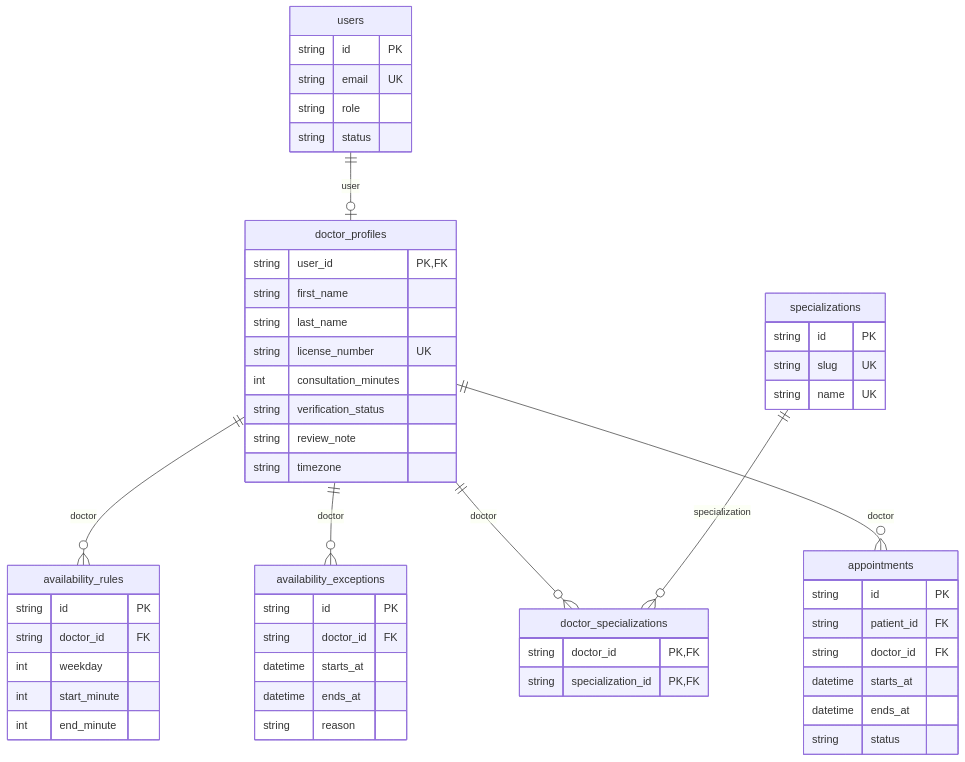
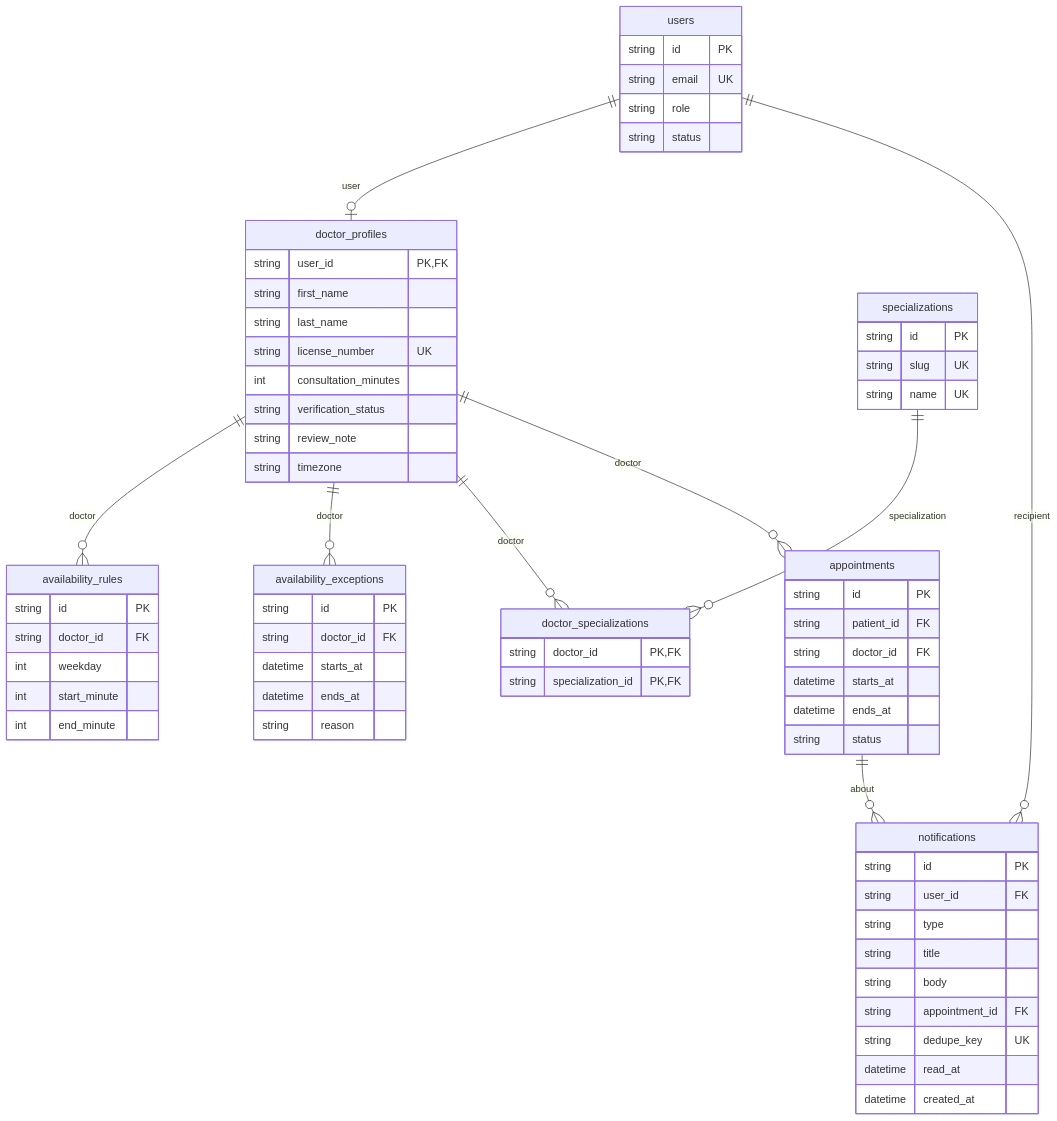
The second of 2 diagrams in docs/modules/doctor.md (alhexjustine/telehealth), drawn with Mermaid before and after one commit. The commit also changed other lines of this file and 72 other files, not shown here.

````diff
--- a/docs/modules/doctor.md
+++ b/docs/modules/doctor.md
@@ -79,56 +90,69 @@
 ```mermaid
 erDiagram
   users {
     string id PK
     string email UK
     string role
     string status
   }
   doctor_profiles {
     string user_id PK,FK
     string first_name
     string last_name
     string license_number UK
     int consultation_minutes
     string verification_status
     string review_note
     string timezone
   }
   availability_rules {
     string id PK
     string doctor_id FK
     int weekday
     int start_minute
     int end_minute
   }
   availability_exceptions {
     string id PK
     string doctor_id FK
     datetime starts_at
     datetime ends_at
     string reason
   }
   specializations {
     string id PK
     string slug UK
     string name UK
   }
   doctor_specializations {
     string doctor_id PK,FK
     string specialization_id PK,FK
   }
   appointments {
     string id PK
     string patient_id FK
     string doctor_id FK
     datetime starts_at
     datetime ends_at
     string status
   }
+  notifications {
+    string id PK
+    string user_id FK
+    string type
+    string title
+    string body
+    string appointment_id FK
+    string dedupe_key UK
+    datetime read_at
+    datetime created_at
+  }
   users ||--o| doctor_profiles : "user"
   doctor_profiles ||--o{ availability_rules : "doctor"
   doctor_profiles ||--o{ availability_exceptions : "doctor"
   doctor_profiles ||--o{ doctor_specializations : "doctor"
   specializations ||--o{ doctor_specializations : "specialization"
   doctor_profiles ||--o{ appointments : "doctor"
+  users ||--o{ notifications : "recipient"
+  appointments ||--o{ notifications : "about"
 ```
````
